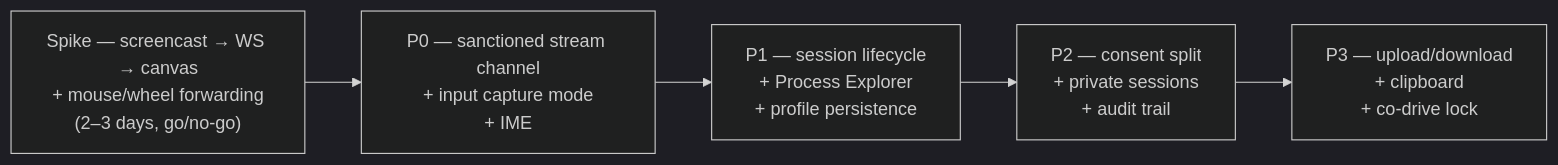
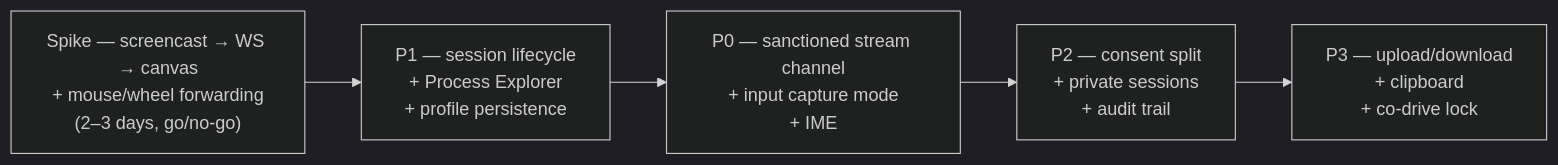
The second of 2 diagrams in docs/proposals/Interactive Browser — YAAR-side requirements.md (sorryhyun/yaar), drawn with Mermaid (dark theme) before and after one commit. The commit also changed other lines of this file and 37 other files, not shown here.

````diff
--- a/docs/proposals/Interactive Browser — YAAR-side requirements.md
+++ b/docs/proposals/Interactive Browser — YAAR-side requirements.md
@@ -147,7 +149,7 @@
 ```mermaid
 flowchart LR
-  S["Spike — screencast → WS → canvas\n+ mouse/wheel forwarding\n(2–3 days, go/no-go)"] --> P0["P0 — sanctioned stream channel\n+ input capture mode\n+ IME"]
-  P0 --> P1["P1 — session lifecycle\n+ Process Explorer\n+ profile persistence"]
-  P1 --> P2["P2 — consent split\n+ private sessions\n+ audit trail"]
+  S["Spike — screencast → WS → canvas\n+ mouse/wheel forwarding\n(2–3 days, go/no-go)"] --> P1["P1 — session lifecycle\n+ Process Explorer\n+ profile persistence"]
+  P1 --> P0["P0 — sanctioned stream channel\n+ input capture mode\n+ IME"]
+  P0 --> P2["P2 — consent split\n+ private sessions\n+ audit trail"]
   P2 --> P3["P3 — upload/download\n+ clipboard\n+ co-drive lock"]
 ```
````
